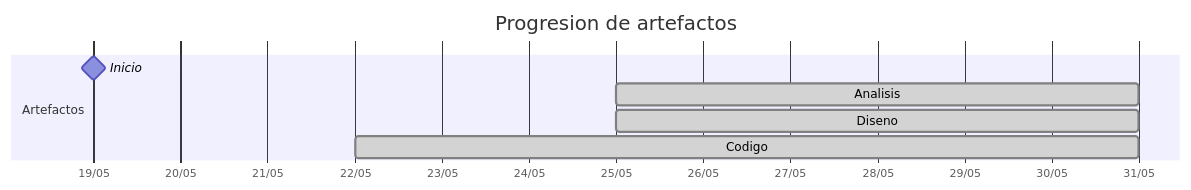
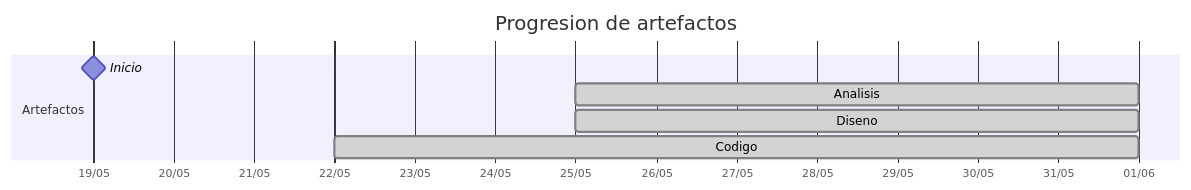
The diagram in TIMELINES/jerdier.md (carlos-alvarado-25/25-26-idsw2-sdVC), drawn with Mermaid before and after one commit. The commit also changed other lines of this file and 5 other files, not shown here.

````diff
--- a/TIMELINES/jerdier.md
+++ b/TIMELINES/jerdier.md
@@ -20,11 +20,11 @@
 ```mermaid
 gantt
     title Progresion de artefactos
     dateFormat YYYY-MM-DD
     axisFormat %d/%m
     section Artefactos
         Inicio       :milestone, 2026-05-19, 0d
-        Analisis     :done, 2026-05-25, 2026-05-31
-        Diseno       :done, 2026-05-25, 2026-05-31
-        Codigo       :done, 2026-05-22, 2026-05-31
+        Analisis     :done, 2026-05-25, 2026-06-01
+        Diseno       :done, 2026-05-25, 2026-06-01
+        Codigo       :done, 2026-05-22, 2026-06-01
 ```
````
